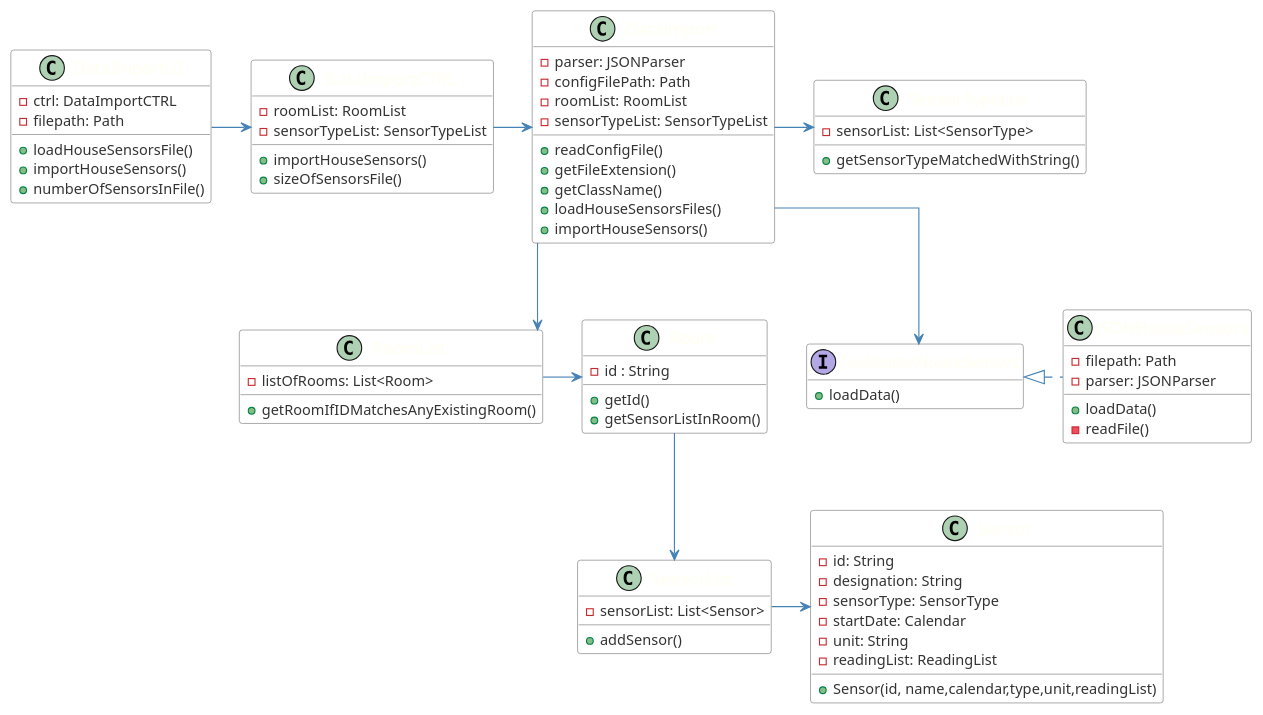
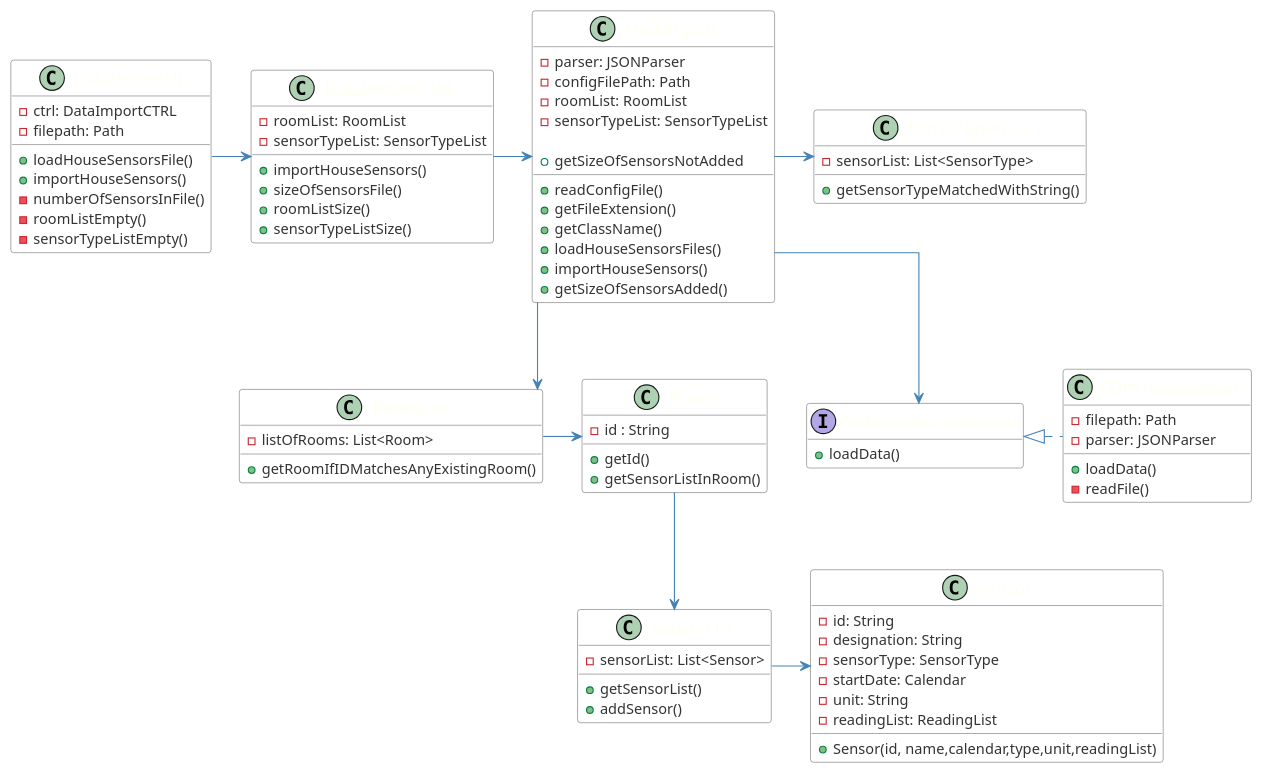
The diagram in src/main/java/smarthome/controller/classDiagrams/cd_ImportHouseSensorsFromFile.puml (emanuel-pereira/hou), drawn with PlantUML before and after one commit. The commit also changed 1 other file, not shown here.

Commit message:
US260: Update diagrams. Ref #155

```diff
--- a/src/main/java/smarthome/controller/classDiagrams/cd_ImportHouseSensorsFromFile.puml
+++ b/src/main/java/smarthome/controller/classDiagrams/cd_ImportHouseSensorsFromFile.puml
@@ -1,111 +1,118 @@
 @startuml
 skinparam linetype ortho
 hide empty members
 
 skinparam class {
 	ArrowColor SteelBlue
 	BorderColor Dimgray
 	HeaderBackgroundColor SteelBlue
 	BackgroundColor White
 	FontName Calibri bold
 	AttributeFontColor #333
 	AttributeFontName Calibri
 	AttributeFontSize 13
 	FontColor Ivory
 	FontSize 15
 }
 
 class DataImportUI{
 - ctrl: DataImportCTRL
 - filepath: Path
 
 + loadHouseSensorsFile()
 + importHouseSensors()
-+ numberOfSensorsInFile()
+- numberOfSensorsInFile()
+- roomListEmpty()
+- sensorTypeListEmpty()
 
 }
 
 class DataImportCTRL{
 - roomList: RoomList
 - sensorTypeList: SensorTypeList
 
 + importHouseSensors()
 + sizeOfSensorsFile()
++ roomListSize()
++ sensorTypeListSize()
 
 }
 
 class DataImport{
 - parser: JSONParser
 - configFilePath: Path
 - roomList: RoomList
 - sensorTypeList: SensorTypeList
 
 + readConfigFile()
 + getFileExtension()
 + getClassName()
 + loadHouseSensorsFiles()
 + importHouseSensors()
++ getSizeOfSensorsAdded()
++ getSizeOfSensorsNotAdded
 }
 
 interface FileReaderHouseSensors {
 + loadData()
 }
 
 class JSONHouseSensors{
 - filepath: Path
 - parser: JSONParser
 
 + loadData()
 - readFile()
 }
 
 class RoomList {
 - listOfRooms: List<Room>
 
 + getRoomIfIDMatchesAnyExistingRoom()
 }
 
 
 class Room {
 - id : String
 
 + getId()
 + getSensorListInRoom()
  }
 
 
 class SensorTypeList{
 - sensorList: List<SensorType>
 
 + getSensorTypeMatchedWithString()
 }
 
 class SensorList{
 - sensorList: List<Sensor>
 
++ getSensorList()
 + addSensor()
 }
 
 class Sensor {
 - id: String
 - designation: String
 - sensorType: SensorType
 - startDate: Calendar
 - unit: String
 - readingList: ReadingList
 
 + Sensor(id, name,calendar,type,unit,readingList)
 }
 
 RoomList -> Room
 Room --> SensorList
 SensorList -> Sensor
 DataImportUI -> DataImportCTRL
 DataImportCTRL -> DataImport
 DataImport -> SensorTypeList
 DataImport --> RoomList
 DataImport --> FileReaderHouseSensors
 FileReaderHouseSensors <|. JSONHouseSensors
 
 
 @enduml
```
